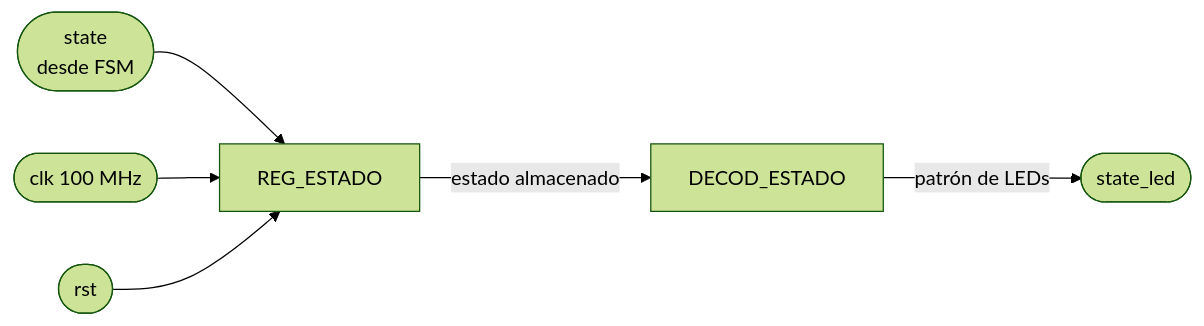
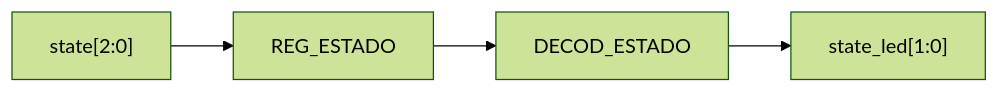
Before and after one commit to Taller-de-diseno-digital-GR01/Proyecto-2-Ahorcado: the diagram in docs/diseño/modulos/M05_Estado.md, drawn with Mermaid (forest theme). The commit also changed other lines of this file and 11 other files, not shown here.

````diff
--- a/docs/diseño/modulos/M05_Estado.md
+++ b/docs/diseño/modulos/M05_Estado.md
@@ -89,12 +7,6 @@
 ```mermaid
 flowchart LR
-
-    STATE(["state<br/>desde FSM"]) --> REG["REG_ESTADO"]
-
-    CLK(["clk 100 MHz"]) --> REG
-    RST(["rst"]) --> REG
-
-    REG -->|"estado almacenado"| DEC["DECOD_ESTADO"]
-
-    DEC -->|"patrón de LEDs"| OUT(["state_led"])
+        ST["state[2:0]"] --> REG["REG_ESTADO"]
+        REG --> DEC["DECOD_ESTADO"]
+        DEC --> LED["state_led[1:0]"]
 ```
````
